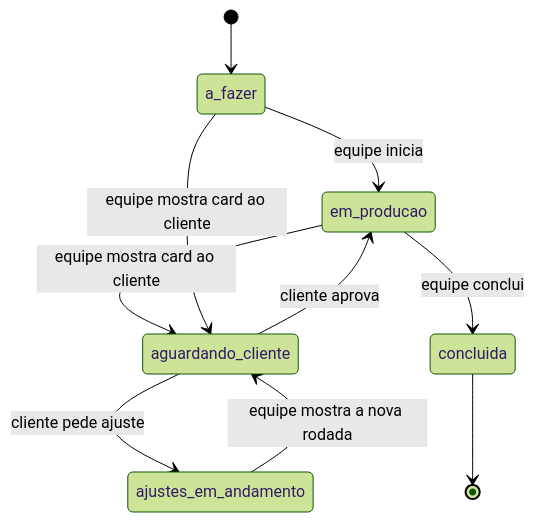
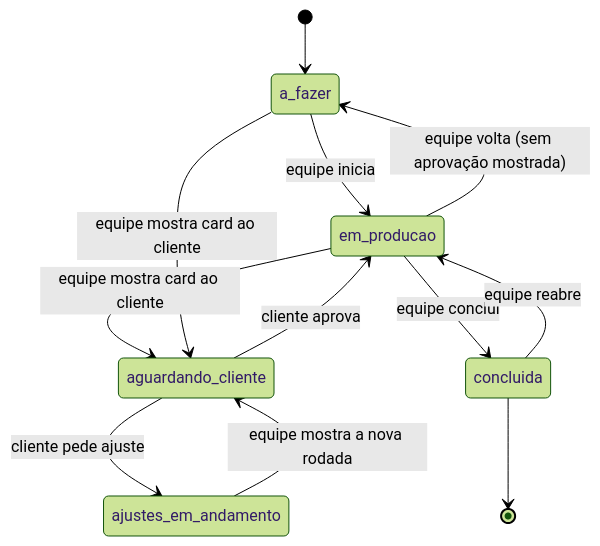
The first of 2 diagrams in docs/02-fluxos.md (dobra9mkt/ponte), drawn with Mermaid (forest theme) before and after one commit. The commit also changed other lines of this file and 23 other files, not shown here.

````diff
--- a/docs/02-fluxos.md
+++ b/docs/02-fluxos.md
@@ -18,12 +18,14 @@
 ```mermaid
 stateDiagram-v2
     [*] --> a_fazer
     a_fazer --> em_producao: equipe inicia
     em_producao --> aguardando_cliente: equipe mostra card ao cliente
     a_fazer --> aguardando_cliente: equipe mostra card ao cliente
     aguardando_cliente --> em_producao: cliente aprova
     aguardando_cliente --> ajustes_em_andamento: cliente pede ajuste
     ajustes_em_andamento --> aguardando_cliente: equipe mostra a nova rodada
     em_producao --> concluida: equipe conclui
+    concluida --> em_producao: equipe reabre
+    em_producao --> a_fazer: equipe volta (sem aprovação mostrada)
     concluida --> [*]
 ```
````
